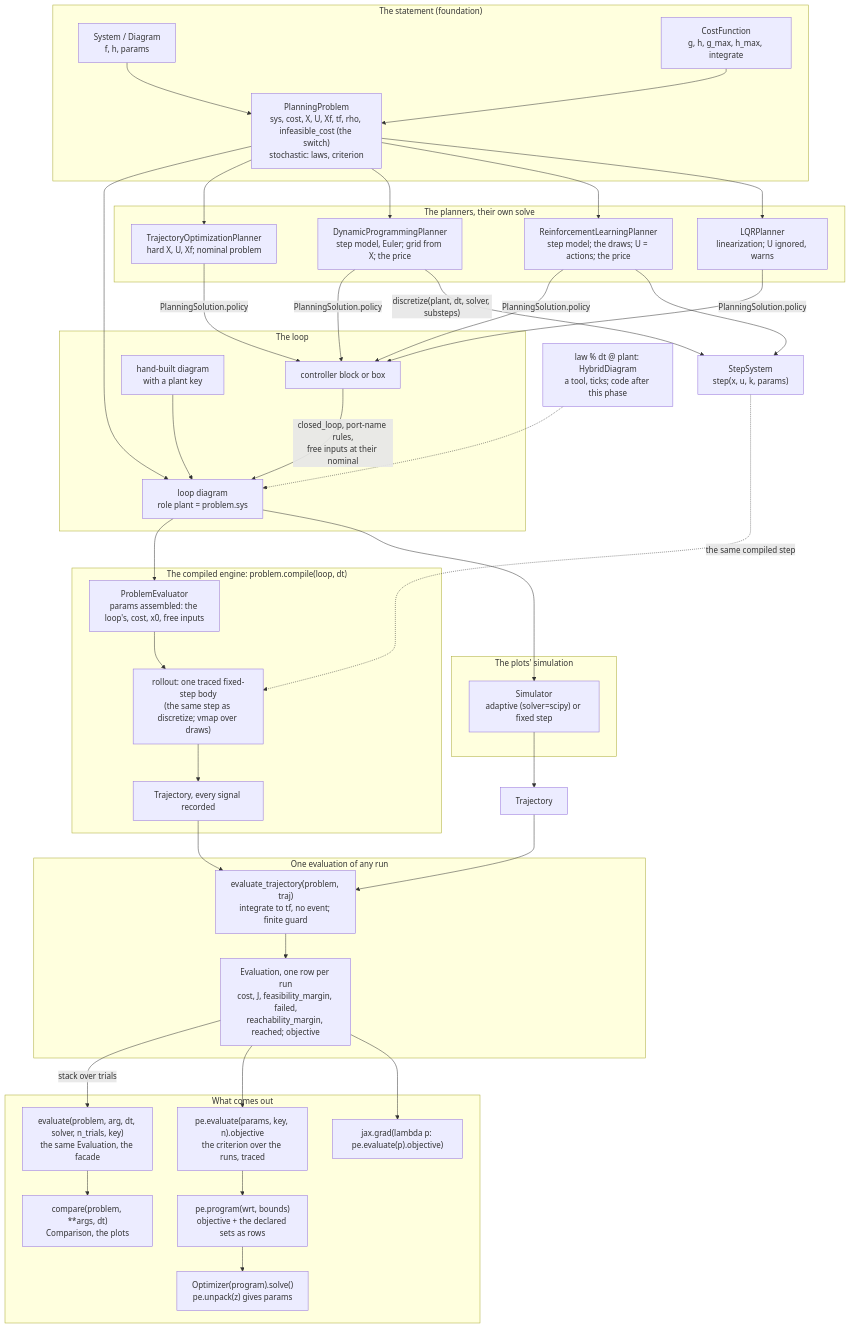
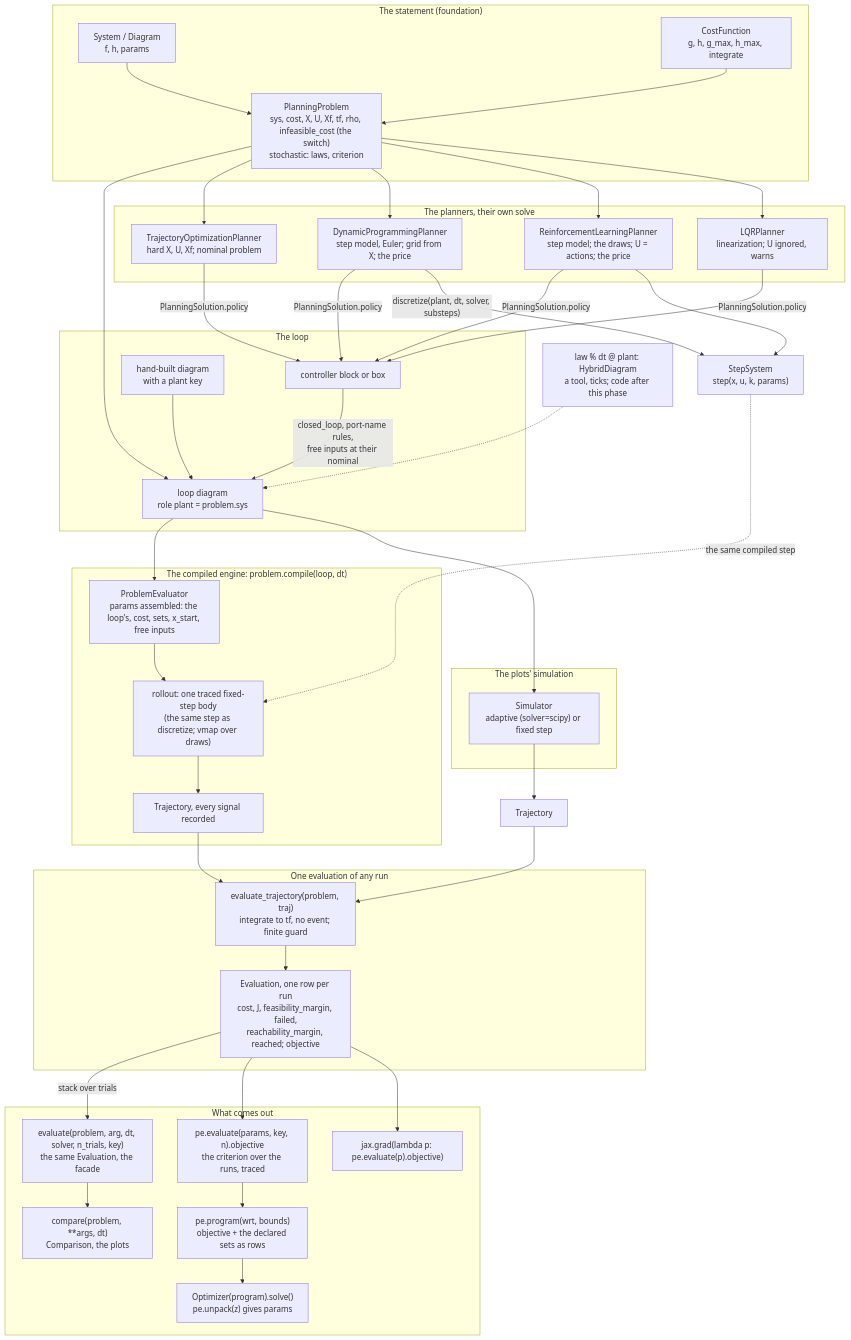
Before and after one commit to alx87grd/minilink: the diagram in docs/plans/continuous-core.md, drawn with Mermaid. The commit also changed other lines of this file and 6 other files, not shown here.

````diff
--- a/docs/plans/continuous-core.md
+++ b/docs/plans/continuous-core.md
@@ -43,68 +43,68 @@
 ```mermaid
 flowchart TD
     subgraph statement["The statement (foundation)"]
         SYS["System / Diagram<br/>f, h, params"]
         COST["CostFunction<br/>g, h, g_max, h_max, integrate"]
         PROB["PlanningProblem<br/>sys, cost, X, U, Xf, tf, rho, infeasible_cost (the switch)<br/>stochastic: laws, criterion"]
         SYS --> PROB
         COST --> PROB
     end
 
     subgraph loop["The loop"]
         CTL["controller block or box"] -->|"closed_loop, port-name rules,<br/>free inputs at their nominal"| LOOP["loop diagram<br/>role plant = problem.sys"]
         HAND["hand-built diagram<br/>with a plant key"] --> LOOP
     end
     PROB --> LOOP
 
     subgraph engine["The compiled engine: problem.compile(loop, dt)"]
-        PE["ProblemEvaluator<br/>params assembled: the loop's, cost, x0, free inputs"]
+        PE["ProblemEvaluator<br/>params assembled: the loop's, cost, sets, x_start, free inputs"]
         RUN["rollout: one traced fixed-step body<br/>(the same step as discretize; vmap over draws)"]
         PE --> RUN --> TRAJ["Trajectory, every signal recorded"]
     end
     LOOP --> PE
 
     subgraph sim["The plots' simulation"]
         SIMU["Simulator<br/>adaptive (solver=scipy) or fixed step"]
     end
     LOOP --> SIMU --> TRAJ2["Trajectory"]
 
     subgraph score["One evaluation of any run"]
         ET["evaluate_trajectory(problem, traj)<br/>integrate to tf, no event; finite guard"]
         REC["Evaluation, one row per run<br/>cost, J, feasibility_margin, failed,<br/>reachability_margin, reached; objective"]
         ET --> REC
     end
     TRAJ --> ET
     TRAJ2 --> ET
 
     subgraph outputs["What comes out"]
         EVAL["evaluate(problem, arg, dt, solver, n_trials, key)<br/>the same Evaluation, the facade"]
         CMP["compare(problem, **args, dt)<br/>Comparison, the plots"]
         VAL["pe.evaluate(params, key, n).objective<br/>the criterion over the runs, traced"]
         PROG["pe.program(wrt, bounds)<br/>objective + the declared sets as rows"]
         OPT["Optimizer(program).solve()<br/>pe.unpack(z) gives params"]
         GRAD["jax.grad(lambda p: pe.evaluate(p).objective)"]
     end
     REC -->|"stack over trials"| EVAL --> CMP
     REC --> VAL --> PROG --> OPT
     REC --> GRAD
 
     subgraph planners["The planners, their own solve"]
         TO["TrajectoryOptimizationPlanner<br/>hard X, U, Xf; nominal problem"]
         DP["DynamicProgrammingPlanner<br/>step model, Euler; grid from X; the price"]
         RL["ReinforcementLearningPlanner<br/>step model; the draws; U = actions; the price"]
         LQR["LQRPlanner<br/>linearization; U ignored, warns"]
     end
     PROB --> TO
     PROB --> DP
     PROB --> RL
     PROB --> LQR
     TO -->|"PlanningSolution.policy"| CTL
     DP -->|"PlanningSolution.policy"| CTL
     RL -->|"PlanningSolution.policy"| CTL
     LQR -->|"PlanningSolution.policy"| CTL
     DP -->|"discretize(plant, dt, solver, substeps)"| STEP["StepSystem<br/>step(x, u, k, params)"]
     RL --> STEP
     STEP -.->|"the same compiled step"| RUN
 
     HYB["law % dt @ plant: HybridDiagram<br/>a tool, ticks; code after this phase"] -.-> LOOP
 ```
````
